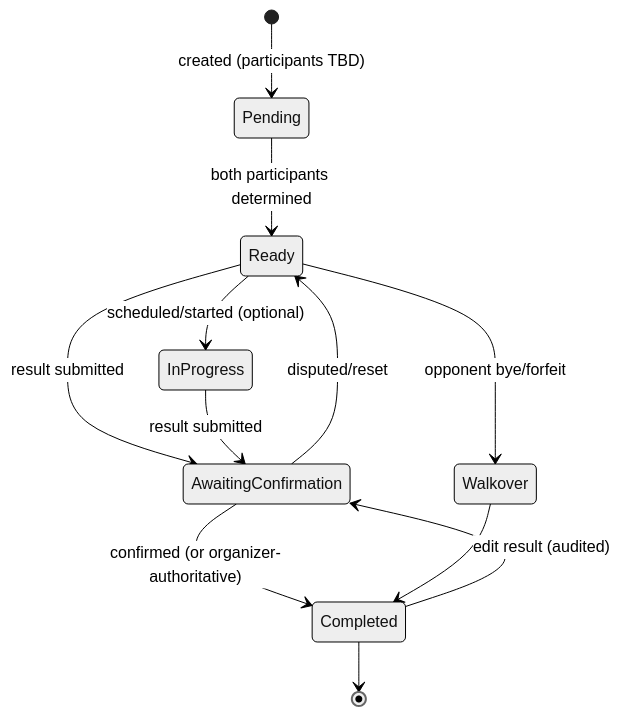
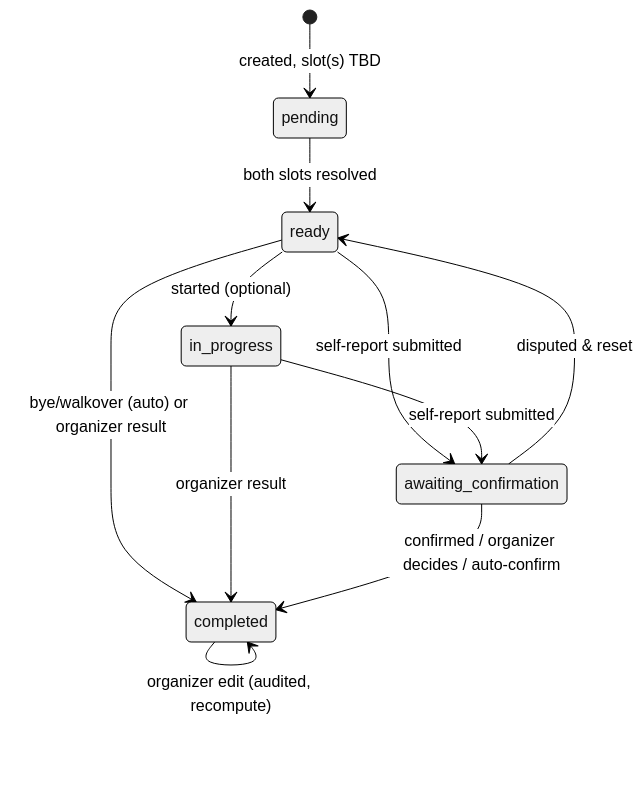
One commit to dejvicek/tourneyhub changed the third of 3 diagrams in PRD.md. Above: the diagram before and after it, drawn with Mermaid (neutral theme). The commit also changed other lines of this file and 334 other files, not shown here.

First line of the commit message:
📝 docs: restart from scratch — Python backend PRD, data model, ADRs, roadmap

````diff
--- a/PRD.md
+++ b/PRD.md
@@ -669,14 +403,13 @@
 ```mermaid
 stateDiagram-v2
-    [*] --> Pending: created (participants TBD)
-    Pending --> Ready: both participants determined
-    Ready --> InProgress: scheduled/started (optional)
-    Ready --> AwaitingConfirmation: result submitted
-    InProgress --> AwaitingConfirmation: result submitted
-    AwaitingConfirmation --> Completed: confirmed (or organizer-authoritative)
-    AwaitingConfirmation --> Ready: disputed/reset
-    Ready --> Walkover: opponent bye/forfeit
-    Walkover --> Completed
-    Completed --> AwaitingConfirmation: edit result (audited)
-    Completed --> [*]
+    [*] --> pending: created, slot(s) TBD
+    pending --> ready: both slots resolved
+    ready --> completed: bye/walkover (auto) or organizer result
+    ready --> in_progress: started (optional)
+    ready --> awaiting_confirmation: self-report submitted
+    in_progress --> awaiting_confirmation: self-report submitted
+    in_progress --> completed: organizer result
+    awaiting_confirmation --> completed: confirmed / organizer decides / auto-confirm
+    awaiting_confirmation --> ready: disputed & reset
+    completed --> completed: organizer edit (audited, recompute)
 ```
````
